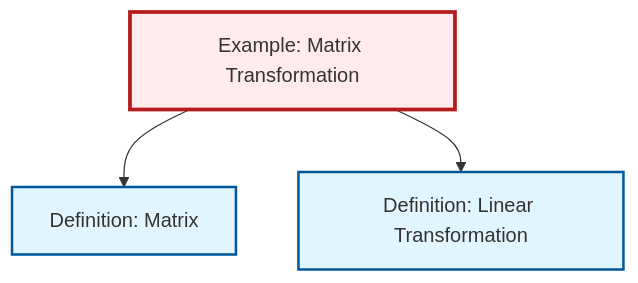
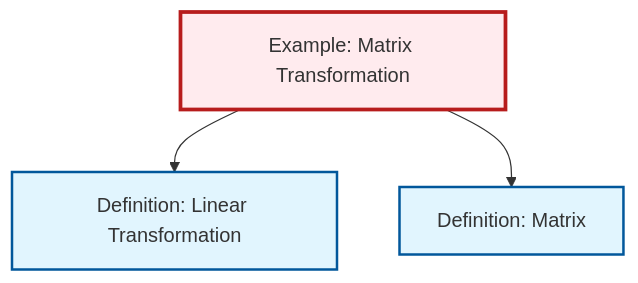
One commit to RK0429/ModernMath changed the diagram in content/en/algebra/ex-matrix-transformation.qmd. Above: the diagram before and after it, drawn with Mermaid. The commit also changed other lines of this file and 434 other files, not shown here.

````diff
--- a/content/en/algebra/ex-matrix-transformation.qmd
+++ b/content/en/algebra/ex-matrix-transformation.qmd
@@ -52,17 +52,17 @@
 ```{mermaid}
 %%| fig-cap: "Local dependency graph"
 graph TD
     classDef definition fill:#e1f5fe,stroke:#01579b,stroke-width:2px
     classDef theorem fill:#f3e5f5,stroke:#4a148c,stroke-width:2px
     classDef axiom fill:#fff3e0,stroke:#e65100,stroke-width:2px
     classDef example fill:#e8f5e9,stroke:#1b5e20,stroke-width:2px
     classDef current fill:#ffebee,stroke:#b71c1c,stroke-width:3px
     def-linear-transformation["Definition: Linear Transformation"]:::definition
+    ex-matrix-transformation["Example: Matrix Transformation"]:::example
     def-matrix["Definition: Matrix"]:::definition
-    ex-matrix-transformation["Example: Matrix Transformation"]:::example
+    ex-matrix-transformation --> def-linear-transformation
     ex-matrix-transformation --> def-matrix
-    ex-matrix-transformation --> def-linear-transformation
     class ex-matrix-transformation current
     click def-linear-transformation "def-linear-transformation.html" "Go to Linear Transformation definition"
     click def-matrix "def-matrix.html" "Go to Matrix definition"
 ```
````
